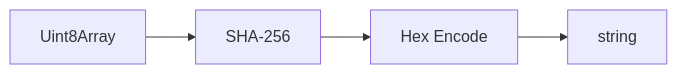
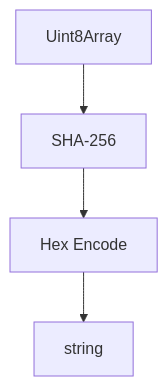
Before and after one commit to o2alexanderfedin/angular-cas-disot: the fourth of 6 diagrams in docs/api/services.md, drawn with Mermaid. The commit also changed other lines of this file and 18 other files, not shown here.

````diff
--- a/docs/api/services.md
+++ b/docs/api/services.md
@@ -213,4 +227,11 @@
 ```mermaid
-graph LR
-    INPUT[Uint8Array] --> SHA256[SHA-256] --> HEX[Hex Encode] --> OUTPUT[string]
+graph TD
+    INPUT[Uint8Array]
+    SHA256[SHA-256]
+    HEX[Hex Encode]
+    OUTPUT[string]
+    
+    INPUT --> SHA256
+    SHA256 --> HEX
+    HEX --> OUTPUT
 ```
````
